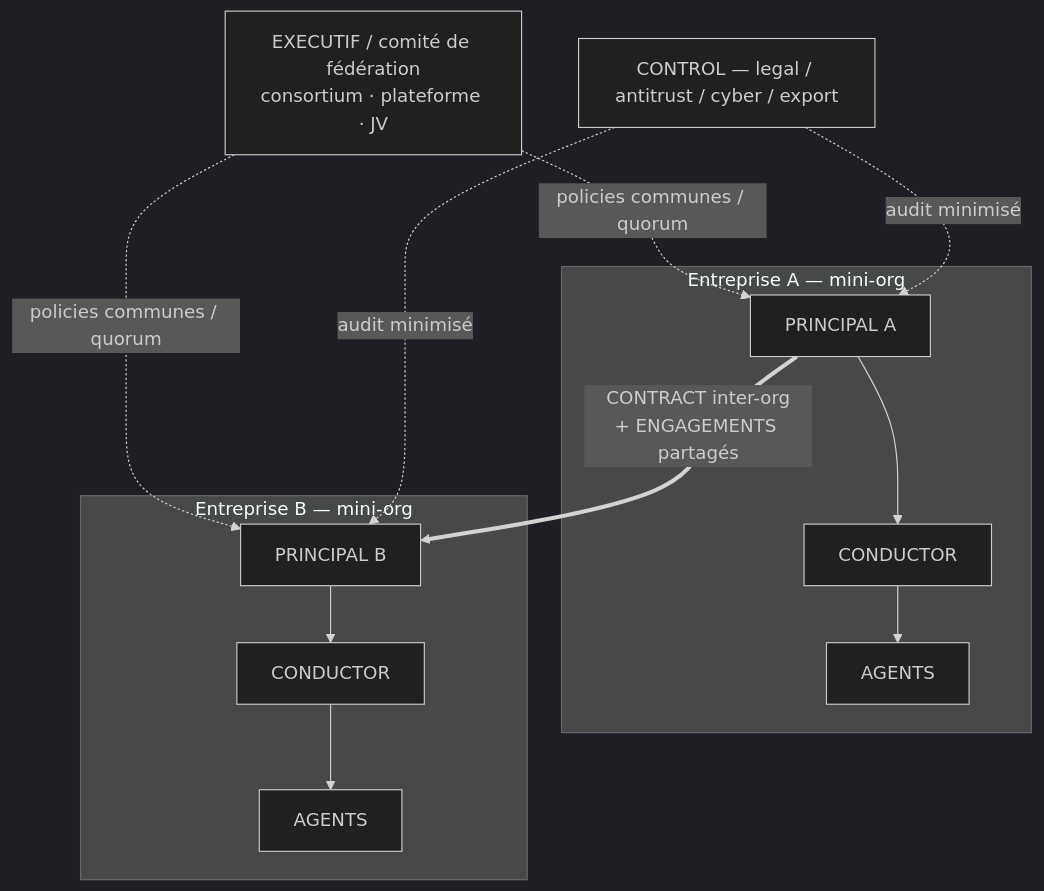
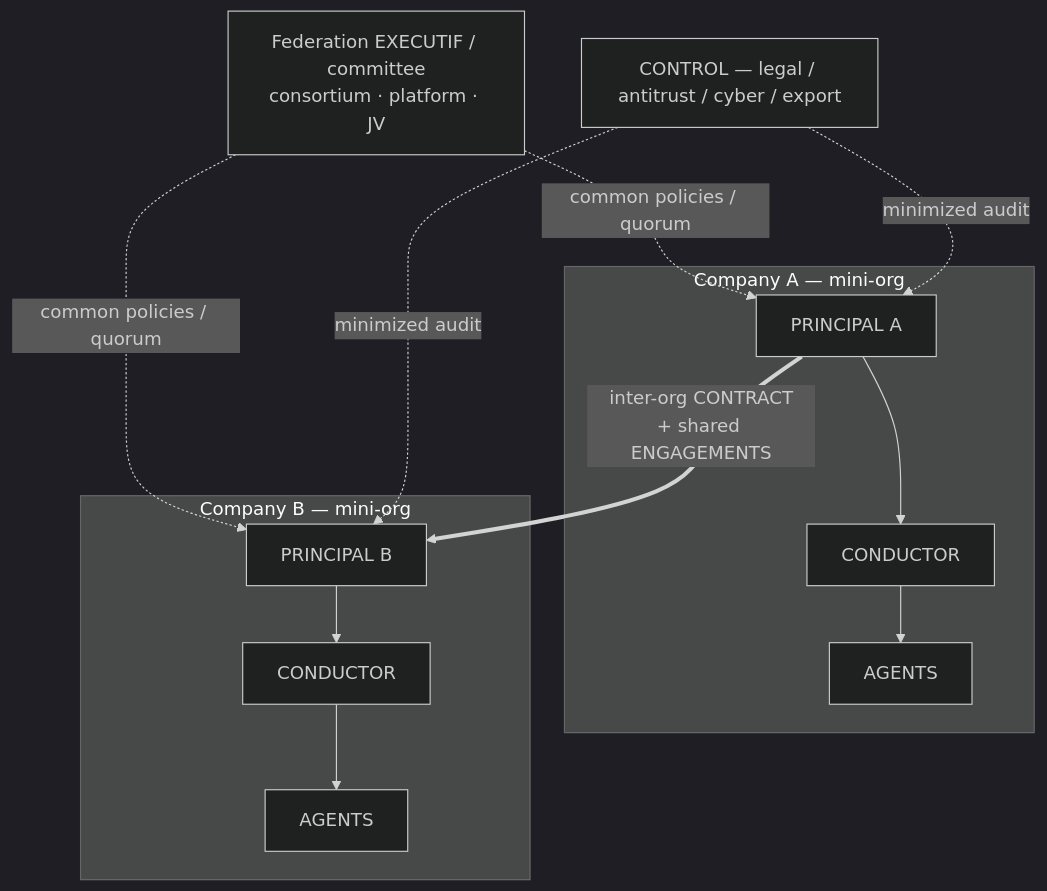
Before and after one commit to rhanka/h2a: the diagram in evaluations/b-ecosystem.md, drawn with Mermaid (dark theme). The commit also changed other lines of this file and 8 other files, not shown here.

````diff
--- a/evaluations/b-ecosystem.md
+++ b/evaluations/b-ecosystem.md
@@ -9,14 +9,14 @@
 ```mermaid
 flowchart TD
-  subgraph ORGA["Entreprise A — mini-org"]
+  subgraph ORGA["Company A — mini-org"]
     PA[PRINCIPAL A] --> CAa[CONDUCTOR] --> AGa[AGENTS]
   end
-  subgraph ORGB["Entreprise B — mini-org"]
+  subgraph ORGB["Company B — mini-org"]
     PB[PRINCIPAL B] --> CBb[CONDUCTOR] --> AGb[AGENTS]
   end
-  PA == CONTRACT inter-org<br/>+ ENGAGEMENTS partagés ==> PB
-  FED[EXECUTIF / comité de fédération<br/>consortium · plateforme · JV] -. policies communes / quorum .-> PA
-  FED -. policies communes / quorum .-> PB
-  CTRL[CONTROL — legal / antitrust / cyber / export] -. audit minimisé .-> PA
-  CTRL -. audit minimisé .-> PB
+  PA == inter-org CONTRACT<br/>+ shared ENGAGEMENTS ==> PB
+  FED[Federation EXECUTIF / committee<br/>consortium · platform · JV] -. common policies / quorum .-> PA
+  FED -. common policies / quorum .-> PB
+  CTRL[CONTROL — legal / antitrust / cyber / export] -. minimized audit .-> PA
+  CTRL -. minimized audit .-> PB
 ```
````
